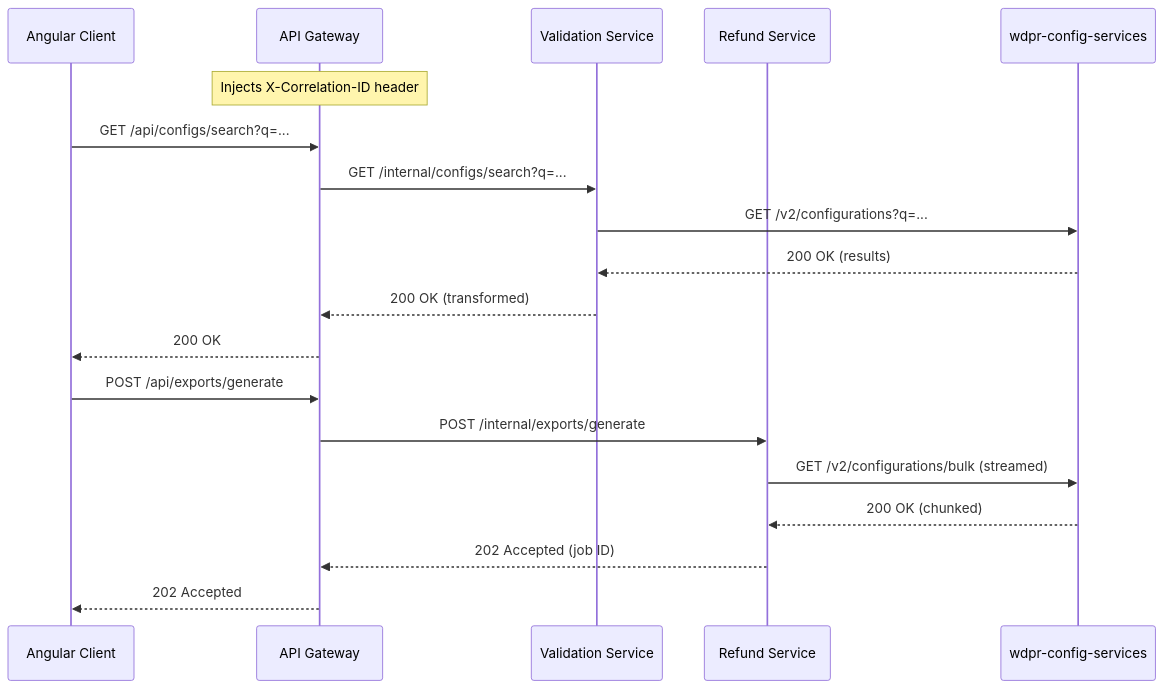
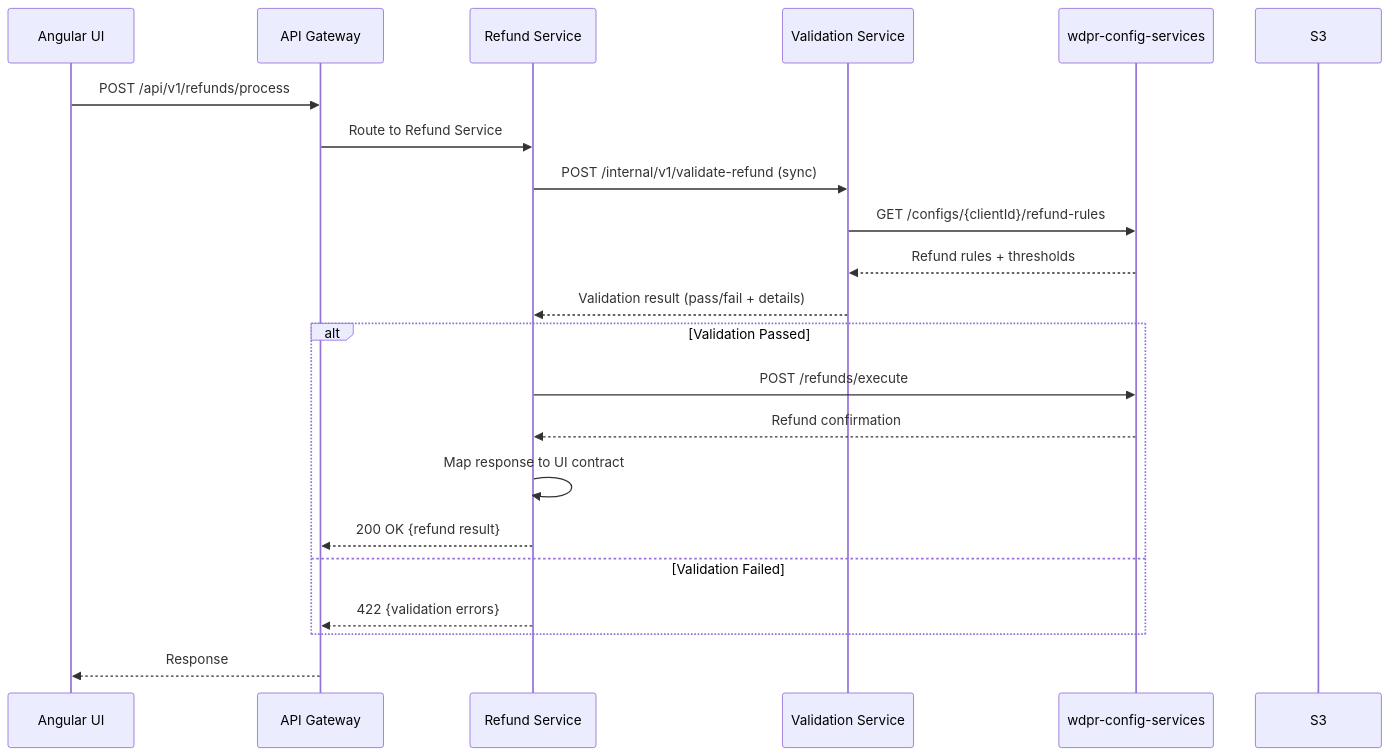
Before and after one commit to rsanchez-disney/steer-runtime: the third of 9 diagrams in tests/orchestration/architecture_spec_agent.md, drawn with Mermaid. The commit also changed other lines of this file and 11 other files, not shown here.

````diff
--- a/tests/orchestration/architecture_spec_agent.md
+++ b/tests/orchestration/architecture_spec_agent.md
@@ -81,24 +126,26 @@
 ```mermaid
 sequenceDiagram
-    participant UI as Angular Client
+    participant UI as Angular UI
     participant GW as API Gateway
+    participant RS as Refund Service
     participant VS as Validation Service
-    participant RS as Refund Service
-    participant BE as wdpr-config-services
+    participant CS as wdpr-config-services
+    participant S3 as S3
 
-    Note over GW: Injects X-Correlation-ID header
-
-    UI->>GW: GET /api/configs/search?q=...
-    GW->>VS: GET /internal/configs/search?q=...
-    VS->>BE: GET /v2/configurations?q=...
-    BE-->>VS: 200 OK (results)
-    VS-->>GW: 200 OK (transformed)
-    GW-->>UI: 200 OK
-
-    UI->>GW: POST /api/exports/generate
-    GW->>RS: POST /internal/exports/generate
-    RS->>BE: GET /v2/configurations/bulk (streamed)
-    BE-->>RS: 200 OK (chunked)
-    RS-->>GW: 202 Accepted (job ID)
-    GW-->>UI: 202 Accepted
+    UI->>GW: POST /api/v1/refunds/process
+    GW->>RS: Route to Refund Service
+    RS->>VS: POST /internal/v1/validate-refund (sync)
+    VS->>CS: GET /configs/{clientId}/refund-rules
+    CS-->>VS: Refund rules + thresholds
+    VS-->>RS: Validation result (pass/fail + details)
+    
+    alt Validation Passed
+        RS->>CS: POST /refunds/execute
+        CS-->>RS: Refund confirmation
+        RS->>RS: Map response to UI contract
+        RS-->>GW: 200 OK {refund result}
+    else Validation Failed
+        RS-->>GW: 422 {validation errors}
+    end
+    GW-->>UI: Response
 ```
````
